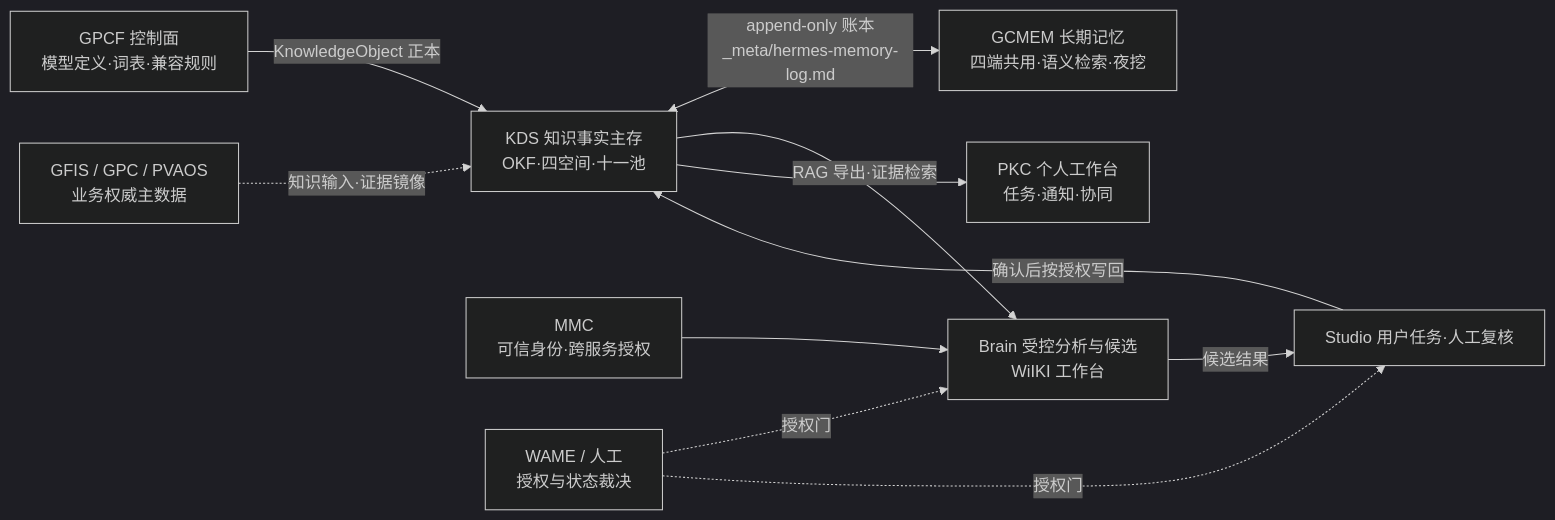
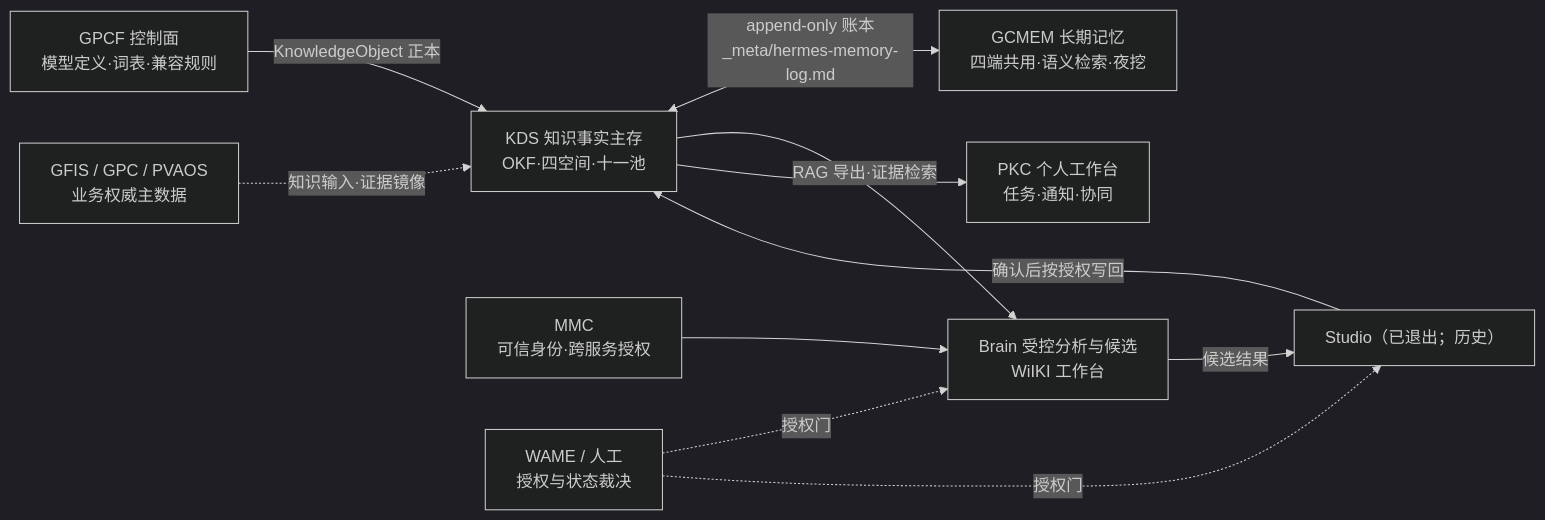
Before and after one commit to Jiumilu/GCGPCF: the fourth of 8 diagrams in 01-architecture/GlobalCloud项目群系统架构图.md, drawn with Mermaid (dark theme). The commit also changed other lines of this file and 5 other files, not shown here.

````diff
--- a/01-architecture/GlobalCloud项目群系统架构图.md
+++ b/01-architecture/GlobalCloud项目群系统架构图.md
@@ -267,13 +267,13 @@
 ```mermaid
 flowchart LR
   GPCF["GPCF 控制面<br/>模型定义·词表·兼容规则"] -->|"KnowledgeObject 正本"| KDS["KDS 知识事实主存<br/>OKF·四空间·十一池"]
   KDS <-->|"append-only 账本<br/>_meta/hermes-memory-log.md"| GCMEM["GCMEM 长期记忆<br/>四端共用·语义检索·夜挖"]
   KDS -->|"RAG 导出·证据检索"| BRAIN["Brain 受控分析与候选<br/>WiIKI 工作台"]
   MMC["MMC<br/>可信身份·跨服务授权"] --> BRAIN
   KDS --> PKC["PKC 个人工作台<br/>任务·通知·协同"]
-  BRAIN -->|"候选结果"| STUDIO["Studio 用户任务·人工复核"]
+  BRAIN -->|"候选结果"| STUDIO["Studio（已退出；历史）"]
   STUDIO -->|"确认后按授权写回"| KDS
   WAME["WAME / 人工<br/>授权与状态裁决"] -. "授权门" .-> BRAIN
   WAME -. "授权门" .-> STUDIO
   GFIS["GFIS / GPC / PVAOS<br/>业务权威主数据"] -. "知识输入·证据镜像" .-> KDS
 ```
````
